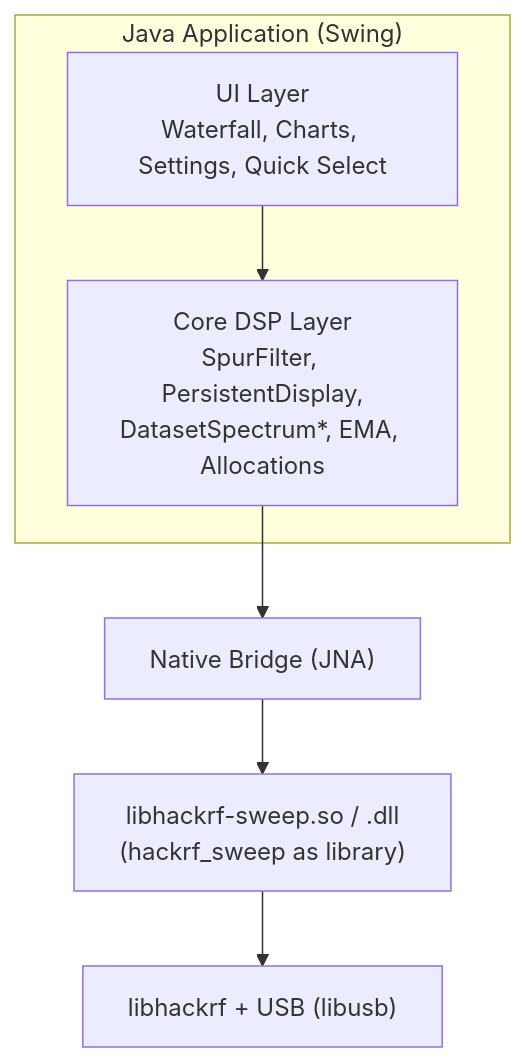
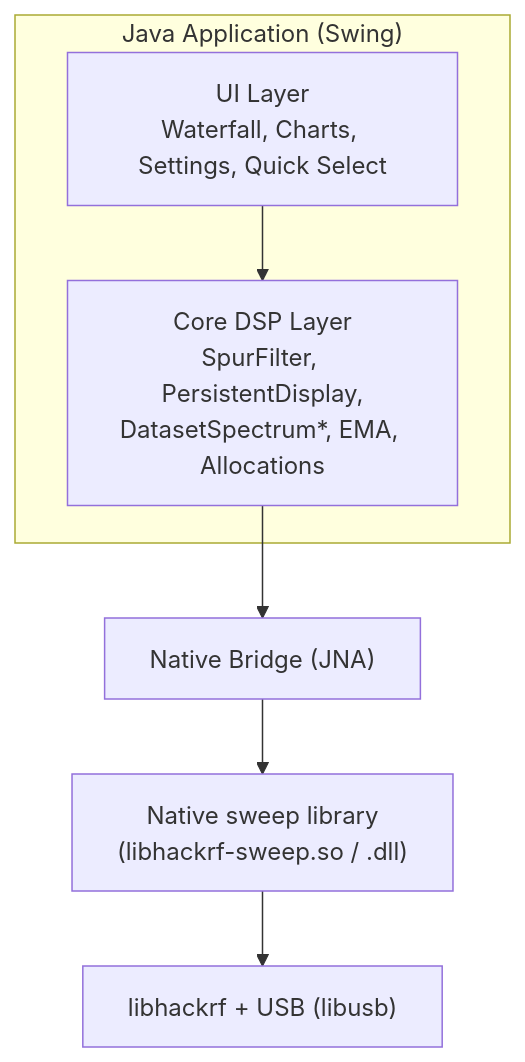
One commit to chris-piekarski/hackrf-spectrum-analyzer changed the first of 5 diagrams in docs/architecture.md. Above: the diagram before and after it, drawn with Mermaid. The commit also changed other lines of this file and 79 other files, not shown here.

````diff
--- a/docs/architecture.md
+++ b/docs/architecture.md
@@ -5,16 +5,16 @@
 ```mermaid
 flowchart TD
     subgraph JavaApp["Java Application (Swing)"]
         UI["UI Layer<br/>Waterfall, Charts, Settings, Quick Select"]
         Core["Core DSP Layer<br/>SpurFilter, PersistentDisplay,<br/>DatasetSpectrum*, EMA, Allocations"]
     end
 
     NativeBridge["Native Bridge (JNA)"]
-    NativeLib["libhackrf-sweep.so / .dll<br/>(hackrf_sweep as library)"]
+    NativeLib["Native sweep library<br/>(libhackrf-sweep.so / .dll)"]
     HackRF["libhackrf + USB (libusb)"]
 
     UI --> Core
     Core --> NativeBridge
     NativeBridge --> NativeLib
     NativeLib --> HackRF
 ```
````
